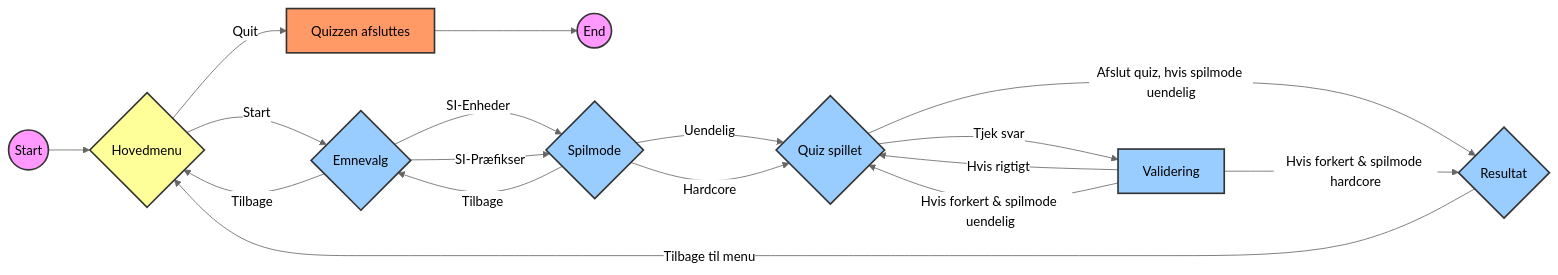
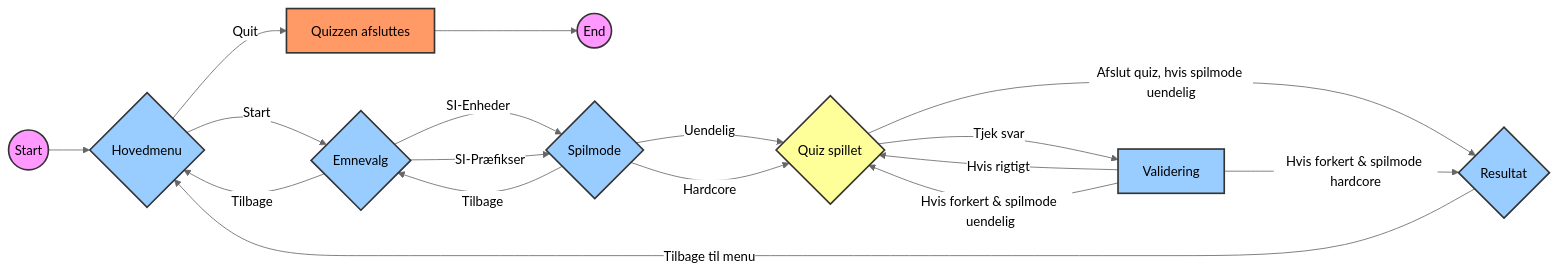
Before and after one commit to mjdvisualz/fysik-quiz-app: the diagram in README.md, drawn with Mermaid (neutral theme).

````diff
--- a/README.md
+++ b/README.md
@@ -16,29 +16,29 @@
 ```mermaid
 graph LR
     style A fill:#f9f,stroke:#333,stroke-width:2px
     style E fill:#f9f,stroke:#333,stroke-width:2px
-    style B fill:#ff9,stroke:#333,stroke-width:2px
+    style B fill:#9cf,stroke:#333,stroke-width:2px
     style C fill:#9cf,stroke:#333,stroke-width:2px
     style D fill:#f96,stroke:#333,stroke-width:2px
     style F fill:#9cf,stroke:#333,stroke-width:2px
-    style G fill:#9cf,stroke:#333,stroke-width:2px
+    style G fill:#ff9,stroke:#333,stroke-width:2px
     style H fill:#9cf,stroke:#333,stroke-width:2px
     style I fill:#9cf,stroke:#333,stroke-width:2px
 
     A((Start)) --> B{Hovedmenu}
     B -->|Start| C{Emnevalg}
     B -->|Quit| D[Quizzen afsluttes]
     D --> E((End))
     C --> |SI-Enheder| F{Spilmode}
     C --> |SI-Præfikser| F
     C --> |Tilbage| B
     F --> |Uendelig| G{Quiz spillet}
     F --> |Hardcore| G
     F --> |Tilbage| C
     G --> |Tjek svar| H[Validering]
     G --> |Afslut quiz, hvis spilmode uendelig| I{Resultat}
     H --> |Hvis rigtigt| G
     H --> |Hvis forkert & spilmode uendelig| G
     H --> |Hvis forkert & spilmode hardcore| I
     I --> |Tilbage til menu| B
 ```
````
